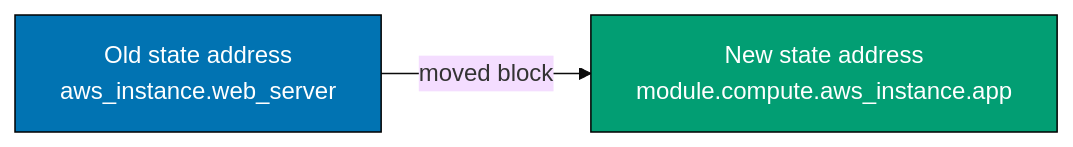
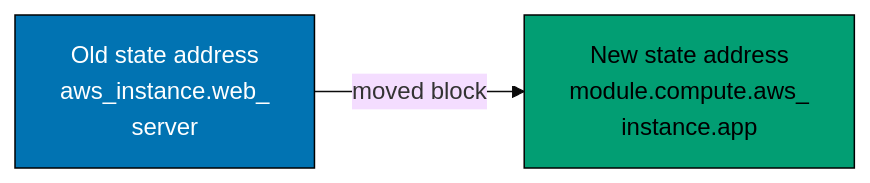
The ninth of 9 diagrams in apps/ayokoding-www/content/en/learn/legacy/software-engineering/infrastructure/infrastructure-as-code/by-example/intermediate.md (wahidyankf/ose-public), drawn with Mermaid (base theme) before and after one commit. The commit also changed other lines of this file and 131 other files, not shown here.

First line of the commit message:
fix(mermaid): bring the legacy data, infrastructure, and testing diagrams onto the accessible palette

````diff
--- a/apps/ayokoding-www/content/en/learn/legacy/software-engineering/infrastructure/infrastructure-as-code/by-example/intermediate.md
+++ b/apps/ayokoding-www/content/en/learn/legacy/software-engineering/infrastructure/infrastructure-as-code/by-example/intermediate.md
@@ -1793,8 +1835,13 @@
 ```mermaid
 %% Color Palette: Blue #0173B2, Orange #DE8F05, Teal #029E73, Purple #CC78BC, Brown #CA9161
 graph LR
-  A["Old state address<br/>aws_instance.web_server"] -->|"moved block"| B["New state address<br/>module.compute.aws_instance.app"]
+  accTitle: Example 57: moved Block for State Refactoring Without Destroy
+  accDescr: Graph with 2 nodes and 1 connections. Nodes: Old state address aws_instance.web_ server, New state address module.compute.aws_ instance.app. Connections: Old state address aws_instance.web_ server to New state address module.compute.aws_ instance.app (moved block).
+  A["Old state address<br/>aws_instance.web_<br/>server"] -->|"moved block"| B["New state address<br/>module.compute.aws_<br/>instance.app"]
 
-  style A fill:#0173B2,stroke:#000,color:#fff
-  style B fill:#029E73,stroke:#000,color:#fff
+  classDef pal-0173B2 fill:#0173B2,stroke:#000000,color:#FFFFFF
+  class A pal-0173B2
+  classDef pal-029E73 fill:#029E73,stroke:#000000,color:#000000
+  class B pal-029E73
+  classDef default fill:#FFFFFF,stroke:#000000,color:#000000
 ```
````
